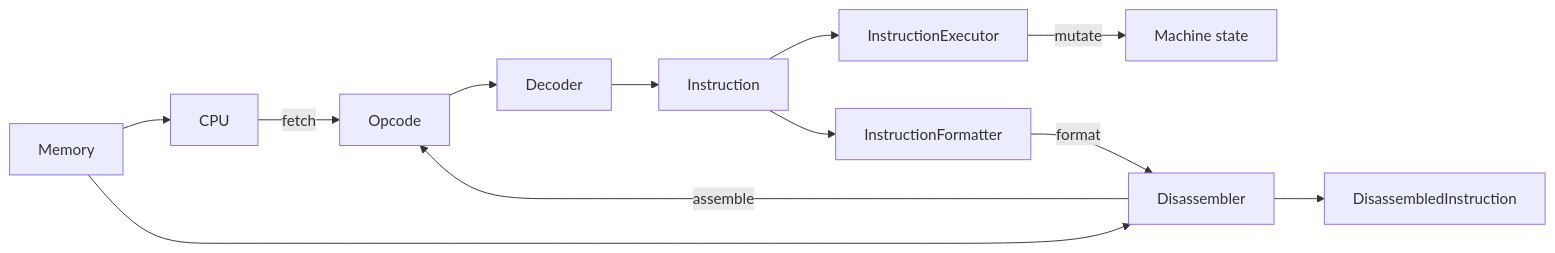
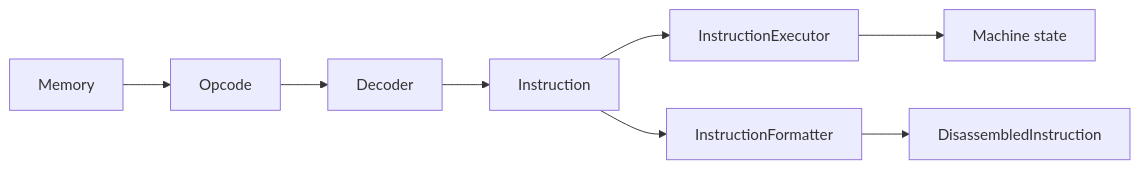
The first of 2 diagrams in docs/architecture/disassembly.md (fa-ribeiro/Chip8NX), drawn with Mermaid before and after one commit. The commit also changed other lines of this file and 15 other files, not shown here.

````diff
--- a/docs/architecture/disassembly.md
+++ b/docs/architecture/disassembly.md
@@ -97,29 +53,19 @@
 ```mermaid
 flowchart LR
     Memory["Memory"]
     Opcode["Opcode"]
     Decoder["Decoder"]
     Instruction["Instruction"]
+    Executor["InstructionExecutor"]
+    State["Machine state"]
+    Formatter["InstructionFormatter"]
+    Result["DisassembledInstruction"]
 
-    Cpu["CPU"]
-    Executor["InstructionExecutor"]
-    MachineState["Machine state"]
-
-    Disassembler["Disassembler"]
-    Formatter["InstructionFormatter"]
-    Listing["DisassembledInstruction"]
-
-    Memory --> Cpu
-    Cpu -->|"fetch"| Opcode
+    Memory --> Opcode
     Opcode --> Decoder
     Decoder --> Instruction
-
     Instruction --> Executor
-    Executor -->|"mutate"| MachineState
-
-    Memory --> Disassembler
-    Disassembler -->|"assemble"| Opcode
+    Executor --> State
     Instruction --> Formatter
-    Formatter -->|"format"| Disassembler
-    Disassembler --> Listing
+    Formatter --> Result
 ```
````
